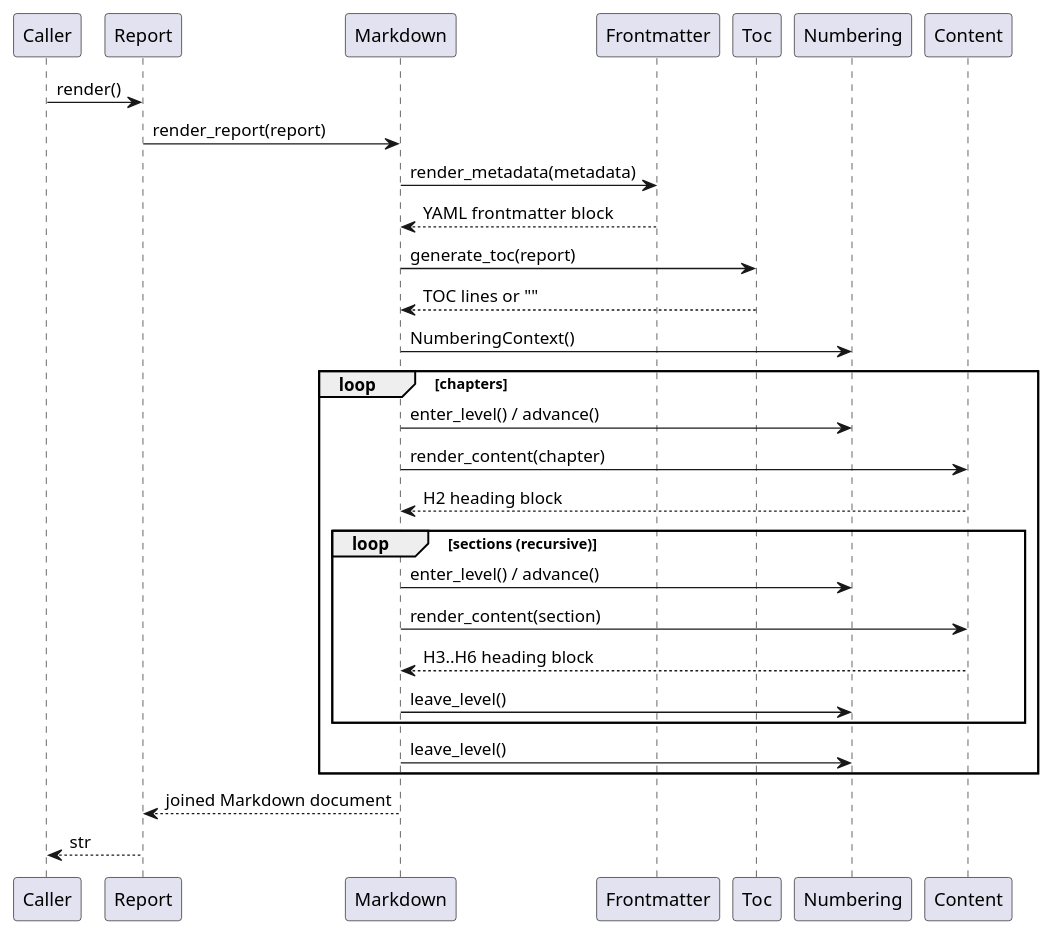
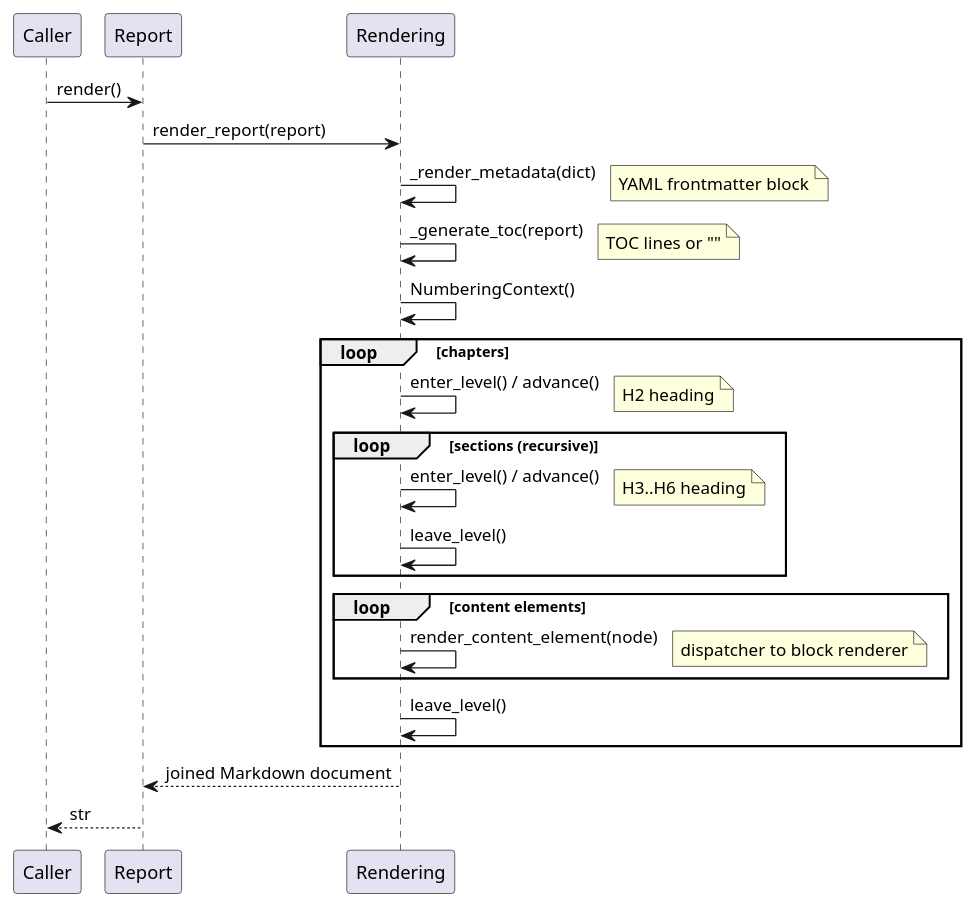
The sixth of 10 diagrams in docs/SDD.md (antoinebarre/mkforge), drawn with PlantUML before and after one commit. The commit also changed other lines of this file and 33 other files, not shown here.

````diff
--- a/docs/SDD.md
+++ b/docs/SDD.md
@@ -342,33 +322,31 @@
 ```plantuml
 @startuml rendering-sequence
 participant Caller
 participant Report
-participant Markdown
-participant Frontmatter
-participant Toc
-participant Numbering
-participant Content
+participant Rendering
 
 Caller -> Report: render()
-Report -> Markdown: render_report(report)
-Markdown -> Frontmatter: render_metadata(metadata)
-Frontmatter --> Markdown: YAML frontmatter block
-Markdown -> Toc: generate_toc(report)
-Toc --> Markdown: TOC lines or ""
-Markdown -> Numbering: NumberingContext()
+Report -> Rendering: render_report(report)
+Rendering -> Rendering: _render_metadata(dict)
+note right: YAML frontmatter block
+Rendering -> Rendering: _generate_toc(report)
+note right: TOC lines or ""
+Rendering -> Rendering: NumberingContext()
 loop chapters
-  Markdown -> Numbering: enter_level() / advance()
-  Markdown -> Content: render_content(chapter)
-  Content --> Markdown: H2 heading block
+  Rendering -> Rendering: enter_level() / advance()
+  note right: H2 heading
   loop sections (recursive)
-    Markdown -> Numbering: enter_level() / advance()
-    Markdown -> Content: render_content(section)
-    Content --> Markdown: H3..H6 heading block
-    Markdown -> Numbering: leave_level()
+    Rendering -> Rendering: enter_level() / advance()
+    note right: H3..H6 heading
+    Rendering -> Rendering: leave_level()
   end
-  Markdown -> Numbering: leave_level()
+  loop content elements
+    Rendering -> Rendering: render_content_element(node)
+    note right: dispatcher to block renderer
+  end
+  Rendering -> Rendering: leave_level()
 end
-Markdown --> Report: joined Markdown document
+Rendering --> Report: joined Markdown document
 Report --> Caller: str
 @enduml
 ```
````
